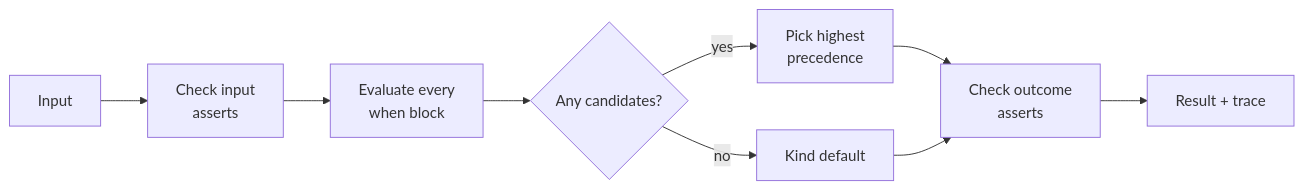
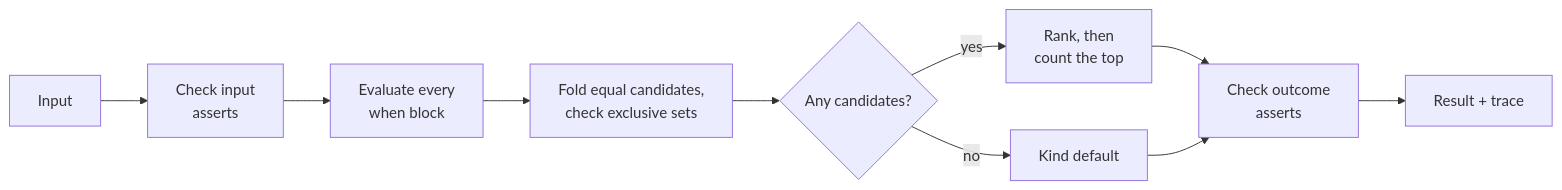
Before and after one commit to SpechtLabs/sigil: the diagram in docs/reference/evaluation.md, drawn with Mermaid. The commit also changed other lines of this file and 23 other files, not shown here.

````diff
--- a/docs/reference/evaluation.md
+++ b/docs/reference/evaluation.md
@@ -14,11 +14,12 @@
 ```mermaid
 flowchart LR
   A[Input] --> I[Check input<br/>asserts]
   I --> B[Evaluate every<br/>when block]
-  B --> C{Any candidates?}
-  C -- yes --> D[Pick highest<br/>precedence]
+  B --> X[Fold equal candidates,<br/>check exclusive sets]
+  X --> C{Any candidates?}
+  C -- yes --> D[Rank, then<br/>count the top]
   C -- no --> E[Kind default]
   D --> O[Check outcome<br/>asserts]
   E --> O
   O --> F[Result + trace]
 ```
````
